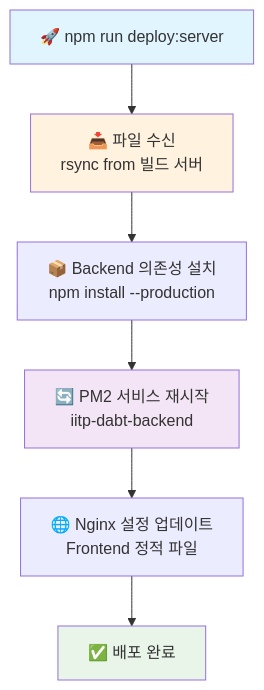
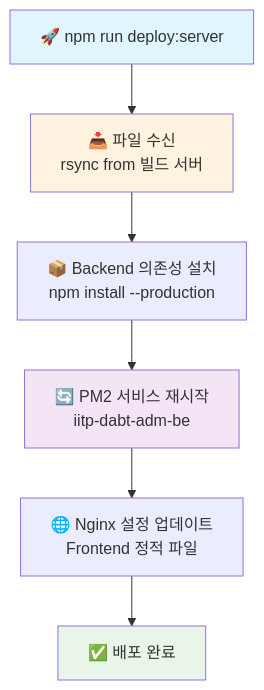
One commit to sweetk-dev/05-IITP-DABT-Admin changed the sixth of 8 diagrams in script/README-SERVER-DEPLOYMENT.md. Above: the diagram before and after it, drawn with Mermaid. The commit also changed other lines of this file and 19 other files, not shown here.

````diff
--- a/script/README-SERVER-DEPLOYMENT.md
+++ b/script/README-SERVER-DEPLOYMENT.md
@@ -363,13 +377,13 @@
 ```mermaid
 flowchart TD
     A[🚀 npm run deploy:server] --> B[📥 파일 수신<br/>rsync from 빌드 서버]
     B --> C[📦 Backend 의존성 설치<br/>npm install --production]
-    C --> D[🔄 PM2 서비스 재시작<br/>iitp-dabt-backend]
+    C --> D[🔄 PM2 서비스 재시작<br/>iitp-dabt-adm-be]
     D --> E[🌐 Nginx 설정 업데이트<br/>Frontend 정적 파일]
     E --> F[✅ 배포 완료]
     
     style A fill:#e1f5fe
     style F fill:#e8f5e8
     style B fill:#fff3e0
     style D fill:#f3e5f5
 ```
````
